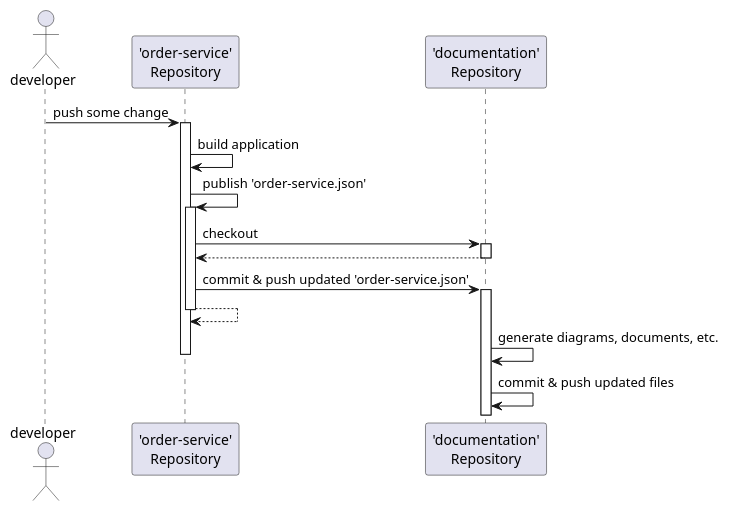
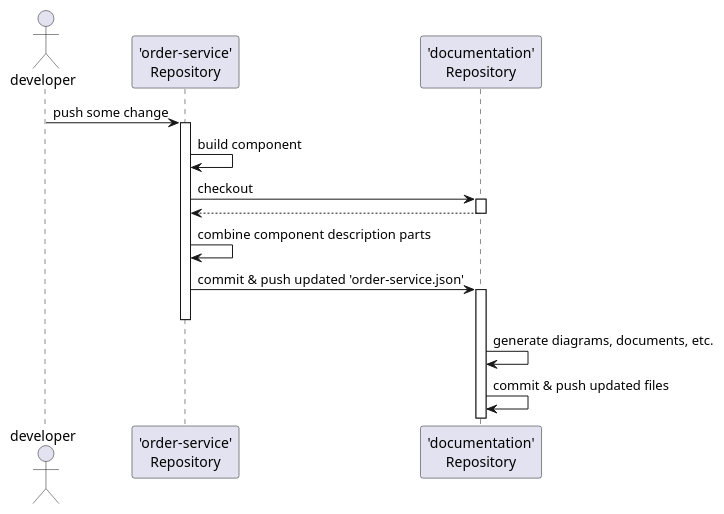
Before and after one commit to automatic-architecture-documentation/documentation: the diagram in .build/src/plantuml/extra/update-process.puml, drawn with PlantUML. The commit also changed 1 other file, not shown here.

```diff
--- a/.build/src/plantuml/extra/update-process.puml
+++ b/.build/src/plantuml/extra/update-process.puml
@@ -1,24 +1,21 @@
 @startuml
 
 actor developer as dev
 participant "'order-service'\nRepository" as sr
 participant "'documentation'\nRepository" as dr
 
 dev -> sr : push some change
 activate sr
-sr -> sr : build application
-sr -> sr : publish 'order-service.json'
-activate sr
+sr -> sr : build component
 sr -> dr : checkout
 activate dr
 sr <--dr
 deactivate dr
+sr -> sr : combine component description parts
 sr -> dr : commit & push updated 'order-service.json'
 activate dr
-sr --> sr
 deactivate sr
 dr -> dr : generate diagrams, documents, etc.
-deactivate sr
 dr -> dr : commit & push updated files
 
 @enduml
```
